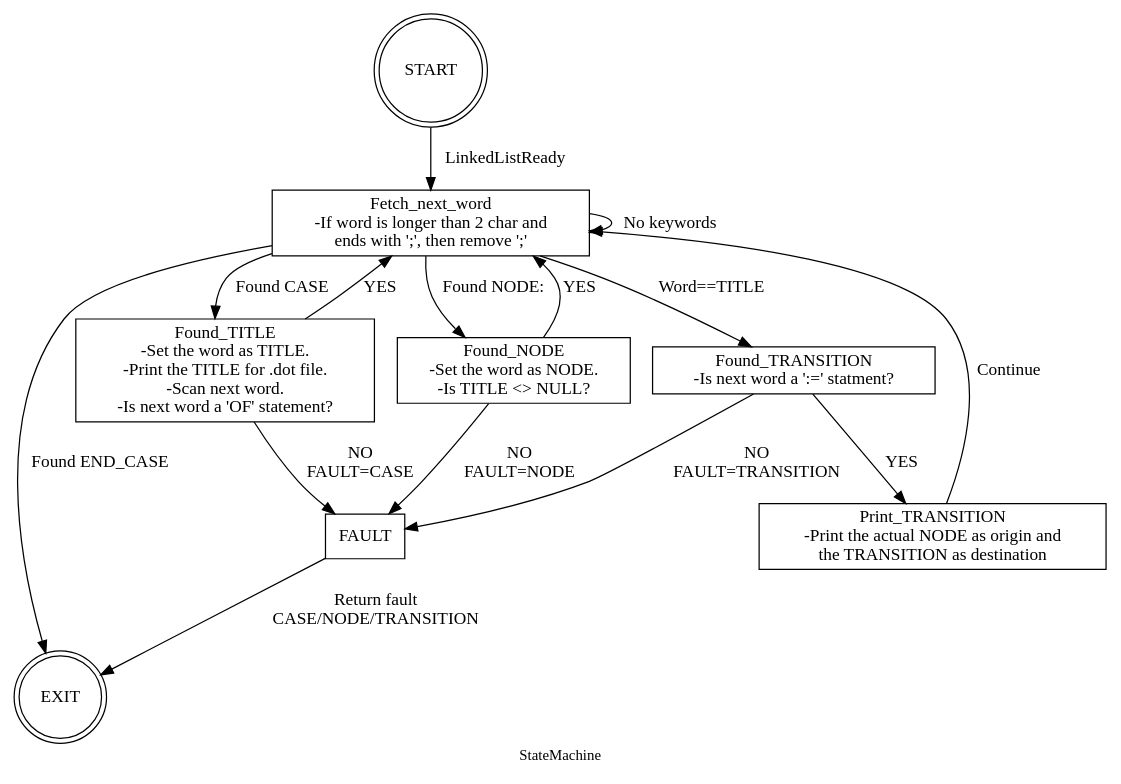
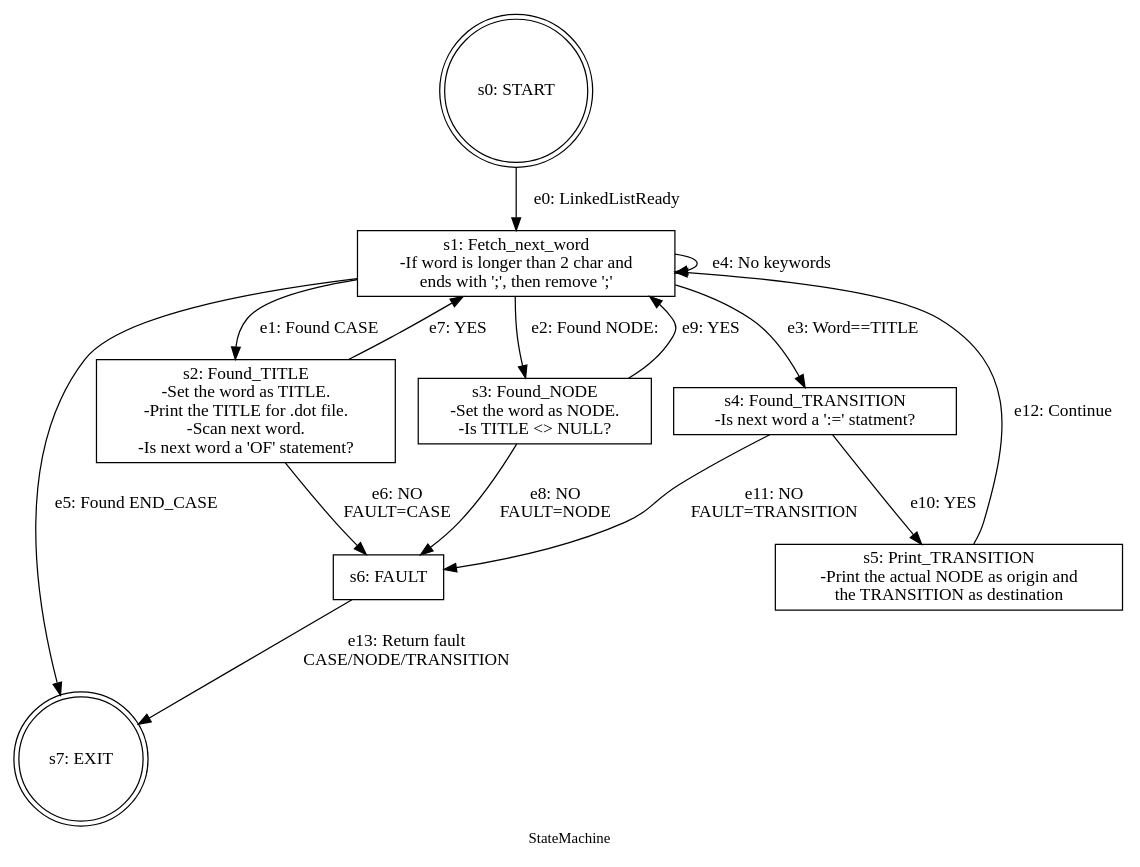
One commit to nicolagit/st_case_to_graphviz changed the diagram in StateMachine.dot. Above: the diagram before and after it, drawn with Graphviz.

Commit message:
add enum indexes to states and events

```diff
--- a/StateMachine.dot
+++ b/StateMachine.dot
@@ -1,65 +1,65 @@
 digraph finite_state_machine {
 	label="StateMachine";
 	fontsize=12;
 	size="200"
 	node [shape = doublecircle]; Start Exit;
 	node [shape = box];
 	//rankdir=LR;
 	//splines="ortho";
 	//layout=sfdp;
 	//k=1;
 	//len=3;
 
 	//VERTEX-STATES
-	Fetch_next_word[label = "Fetch_next_word\n-If word is longer than 2 char and\nends with ';', then remove ';'"];
-	Start[label = "START"];
-	Found_TITLE[label = "Found_TITLE\n-Set the word as TITLE.\n-Print the TITLE for .dot file.\n-Scan next word.\n-Is next word a 'OF' statement?"];
-	Found_NODE[label = "Found_NODE\n-Set the word as NODE.\n-Is TITLE <> NULL?"];
-	Found_TRANSITION[label = "Found_TRANSITION\n-Is next word a ':=' statment?"];
-	Print_TRANSITION[label = "Print_TRANSITION\n-Print the actual NODE as origin and\nthe TRANSITION as destination"];
-	Fault[label = "FAULT"];
-	Exit[label = "EXIT"];
+	Start[label = "s0: START"];
+	Fetch_next_word[label = "s1: Fetch_next_word\n-If word is longer than 2 char and\nends with ';', then remove ';'"];
+	Found_TITLE[label = "s2: Found_TITLE\n-Set the word as TITLE.\n-Print the TITLE for .dot file.\n-Scan next word.\n-Is next word a 'OF' statement?"];
+	Found_NODE[label = "s3: Found_NODE\n-Set the word as NODE.\n-Is TITLE <> NULL?"];
+	Found_TRANSITION[label = "s4: Found_TRANSITION\n-Is next word a ':=' statment?"];
+	Print_TRANSITION[label = "s5: Print_TRANSITION\n-Print the actual NODE as origin and\nthe TRANSITION as destination"];
+	Fault[label = "s6: FAULT"];
+	Exit[label = "s7: EXIT"];
 
 	//EDGE
 	Start -> Fetch_next_word
-	[ label = "LinkedListReady" ];
+	[ label = "e0: LinkedListReady" ];
 
 	Fetch_next_word -> Found_TITLE
-	[ label = "Found CASE" ];
+	[ label = "e1: Found CASE" ];
 
 	Fetch_next_word	-> Found_NODE
-	[ label = "Found NODE:" ];
+	[ label = "e2: Found NODE:" ];
 
 	Fetch_next_word -> Found_TRANSITION
-	[ label = "Word==TITLE" ];
+	[ label = "e3: Word==TITLE" ];
 
 	Fetch_next_word -> Fetch_next_word
-	[ label = "No keywords" ];
+	[ label = "e4: No keywords" ];
 
 	Fetch_next_word	-> Exit
-	[ label = "Found END_CASE" ];
+	[ label = "e5: Found END_CASE" ];
 
 	Found_TITLE -> Fault
-	[ label = "NO\nFAULT=CASE" ]; //found CASE but not OF
+	[ label = "e6: NO\nFAULT=CASE" ]; //found CASE but not OF
 
 	Found_TITLE -> Fetch_next_word
-	[ label = "YES" ];
+	[ label = "e7: YES" ];
 
 	Found_NODE -> Fault
-	[ label = "NO\nFAULT=NODE" ]; //found NODE before TITILE
+	[ label = "e8: NO\nFAULT=NODE" ]; //found NODE before TITILE
 
 	Found_NODE -> Fetch_next_word
-	[ label = "YES" ];
+	[ label = "e9: YES" ];
 
 	Found_TRANSITION -> Print_TRANSITION
-	[ label = "YES" ];
+	[ label = "e10: YES" ];
 
 	Found_TRANSITION -> Fault
-	[ label = "NO\nFAULT=TRANSITION" ]; //found a word == TITLE, but no assignment after that
+	[ label = "e11: NO\nFAULT=TRANSITION" ]; //found a word == TITLE, but no assignment after that
 
 	Print_TRANSITION -> Fetch_next_word
-	[ label = "Continue" ];
+	[ label = "e12: Continue" ];
 
 	Fault -> Exit
-	[ label = "Return fault\nCASE/NODE/TRANSITION" ];
+	[ label = "e13: Return fault\nCASE/NODE/TRANSITION" ];
 }
```
